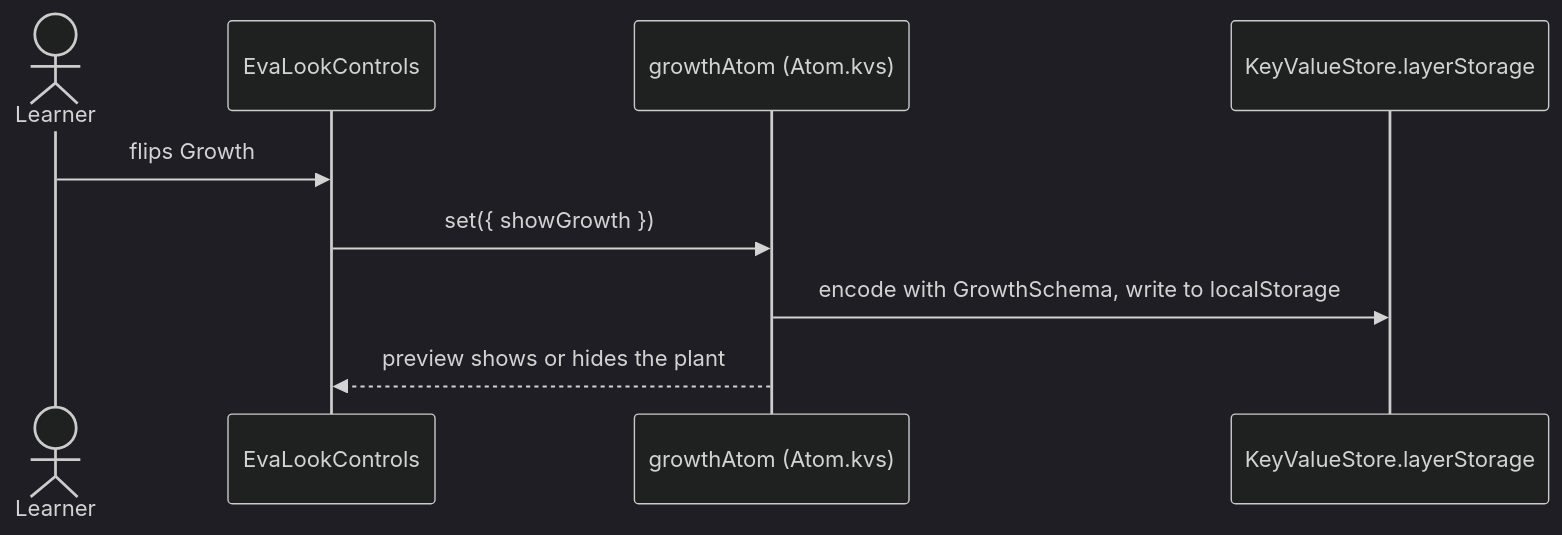
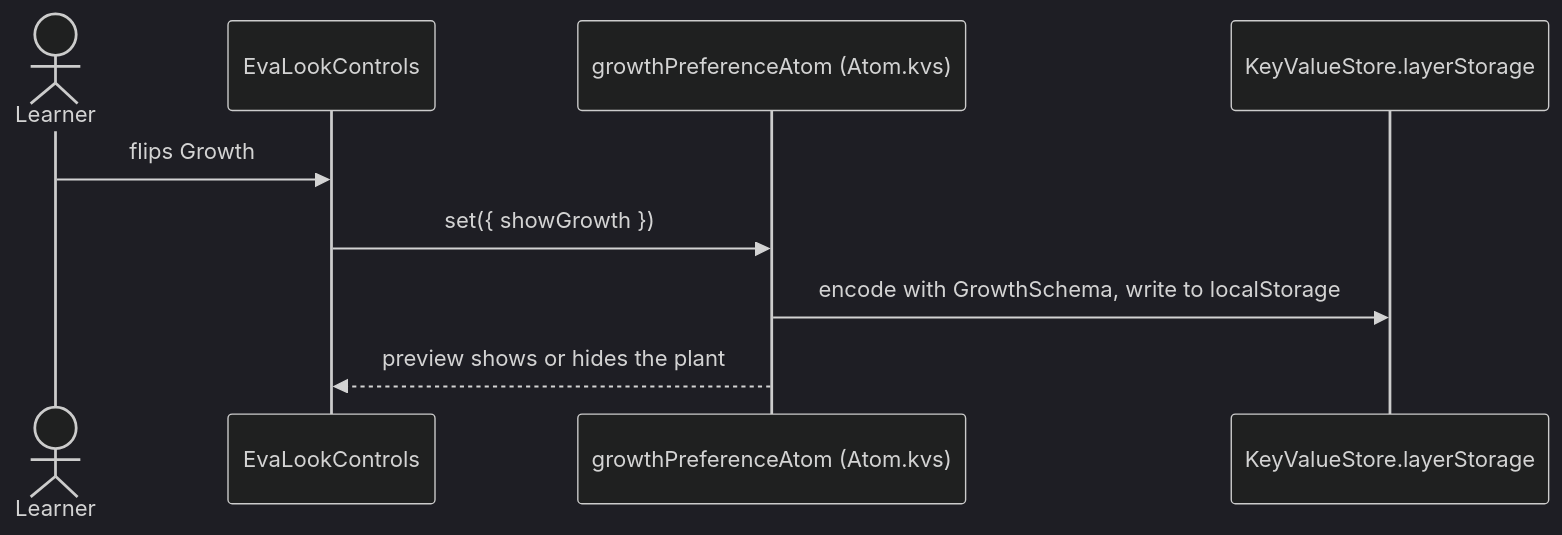
Before and after one commit to oleksii-latyshev/english-trainer: the third of 6 diagrams in src/features/eva-settings/flow.md, drawn with Mermaid (dark theme). The commit also changed other lines of this file and 75 other files, not shown here.

````diff
--- a/src/features/eva-settings/flow.md
+++ b/src/features/eva-settings/flow.md
@@ -41,12 +41,12 @@
 ```mermaid
 sequenceDiagram
     actor Learner
     participant Controls as EvaLookControls
-    participant Growth as growthAtom (Atom.kvs)
+    participant Growth as growthPreferenceAtom (Atom.kvs)
     participant Store as KeyValueStore.layerStorage
 
     Learner->>Controls: flips Growth
     Controls->>Growth: set({ showGrowth })
     Growth->>Store: encode with GrowthSchema, write to localStorage
     Growth-->>Controls: preview shows or hides the plant
 ```
````
